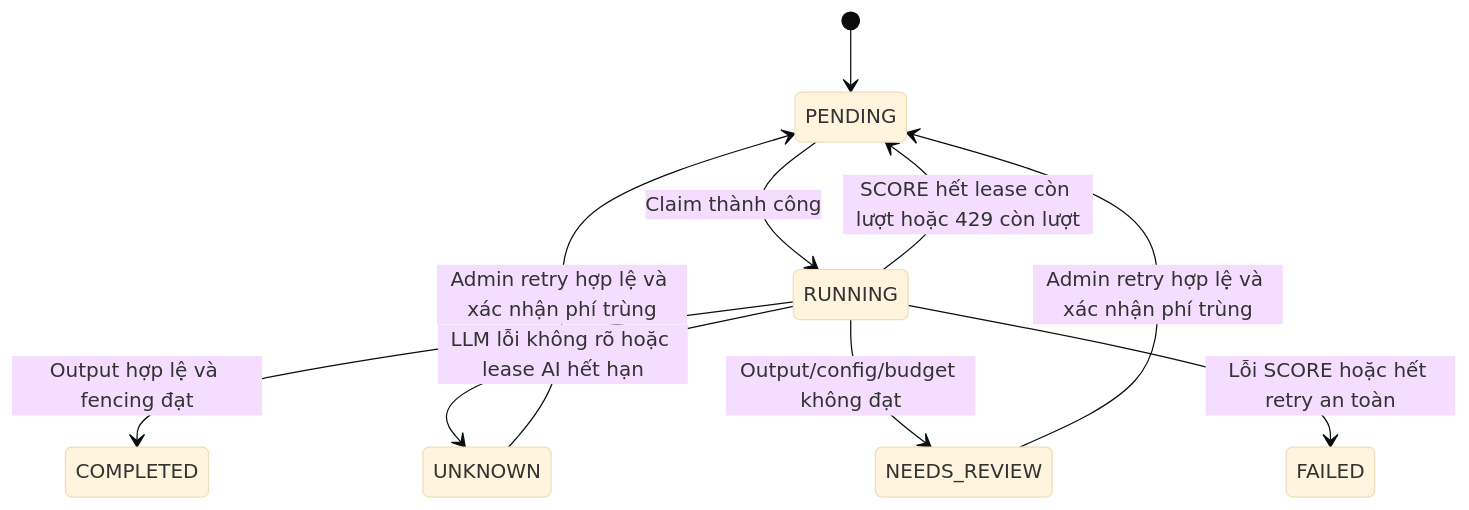
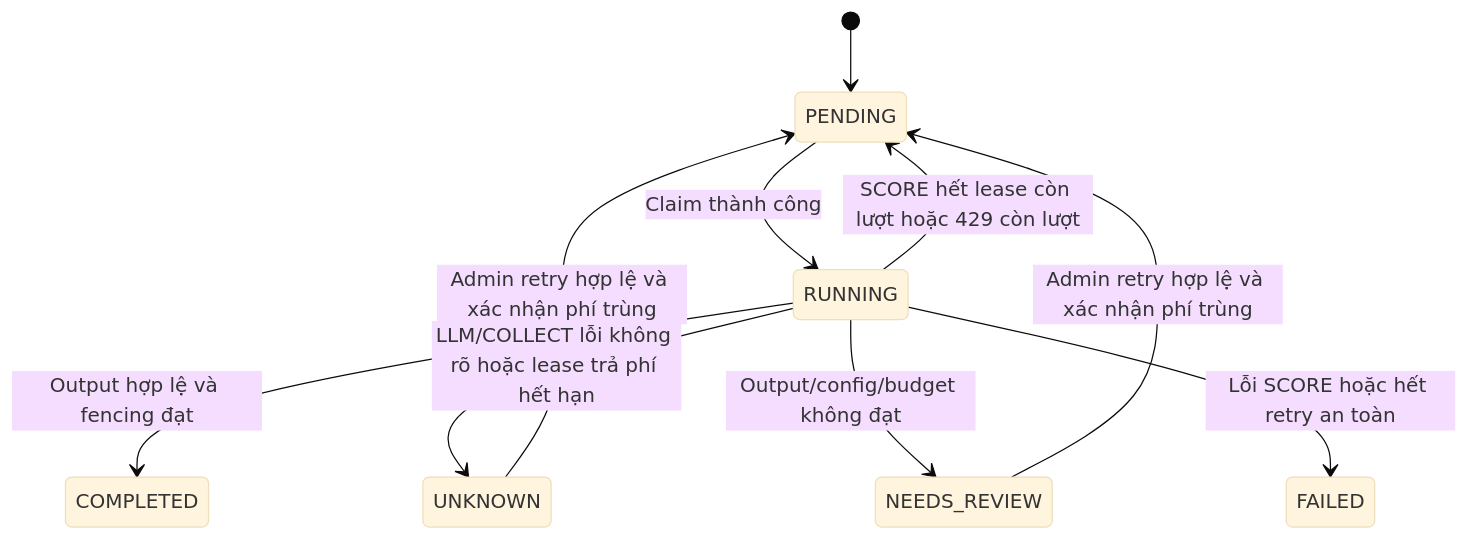
The third of 3 diagrams in docs/end-to-end.vi.md (thole1986/ai_research_service), drawn with Mermaid (base theme) before and after one commit. The commit also changed other lines of this file and 33 other files, not shown here.

````diff
--- a/docs/end-to-end.vi.md
+++ b/docs/end-to-end.vi.md
@@ -520,12 +547,12 @@
 ```mermaid
 stateDiagram-v2
     [*] --> PENDING
     PENDING --> RUNNING: Claim thành công
     RUNNING --> COMPLETED: Output hợp lệ và fencing đạt
-    RUNNING --> UNKNOWN: LLM lỗi không rõ hoặc lease AI hết hạn
+    RUNNING --> UNKNOWN: LLM/COLLECT lỗi không rõ hoặc lease trả phí hết hạn
     RUNNING --> NEEDS_REVIEW: Output/config/budget không đạt
     RUNNING --> FAILED: Lỗi SCORE hoặc hết retry an toàn
     RUNNING --> PENDING: SCORE hết lease còn lượt hoặc 429 còn lượt
     UNKNOWN --> PENDING: Admin retry hợp lệ và xác nhận phí trùng
     NEEDS_REVIEW --> PENDING: Admin retry hợp lệ và xác nhận phí trùng
 ```
````
